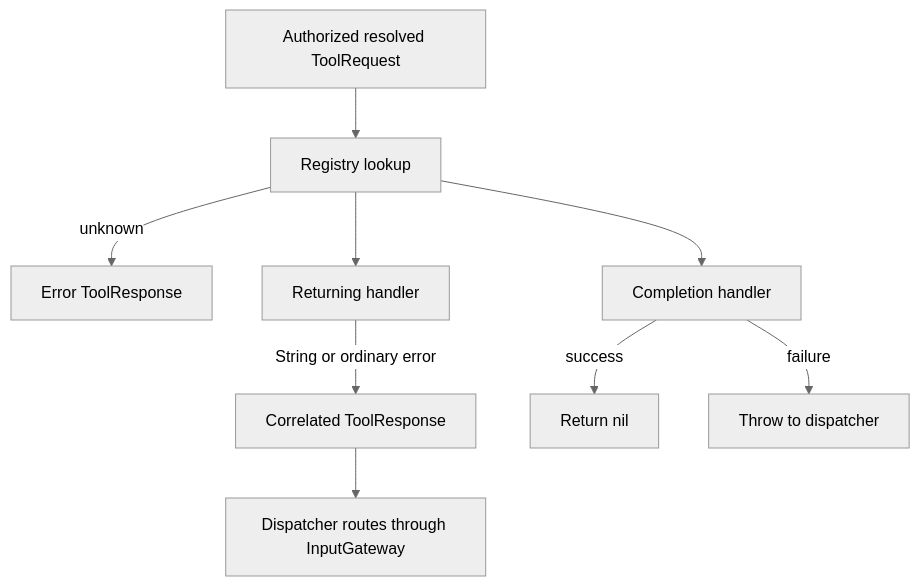
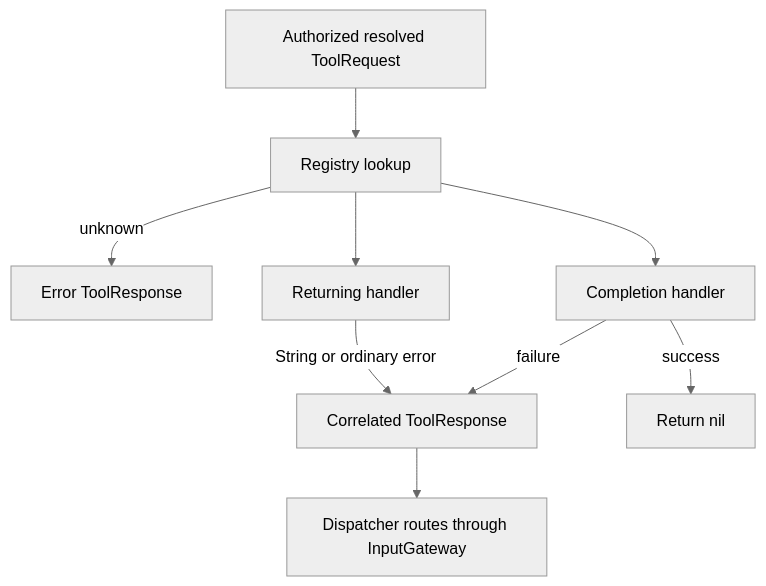
Before and after one commit to devilyouwei/MobileHarness: the second of 2 diagrams in MobileHarness/Tools/Runtime/README.md, drawn with Mermaid (neutral theme). The commit also changed other lines of this file and 85 other files, not shown here.

````diff
--- a/MobileHarness/Tools/Runtime/README.md
+++ b/MobileHarness/Tools/Runtime/README.md
@@ -32,11 +32,11 @@
 ```mermaid
 flowchart TD
     Call[Authorized resolved ToolRequest] --> Lookup[Registry lookup]
     Lookup -->|unknown| Error[Error ToolResponse]
     Lookup --> Returning[Returning handler]
     Lookup --> Completion[Completion handler]
     Returning -->|String or ordinary error| Result[Correlated ToolResponse]
     Completion -->|success| Done[Return nil]
-    Completion -->|failure| Throw[Throw to dispatcher]
+    Completion -->|failure| Result
     Result --> Input[Dispatcher routes through InputGateway]
 ```
````
